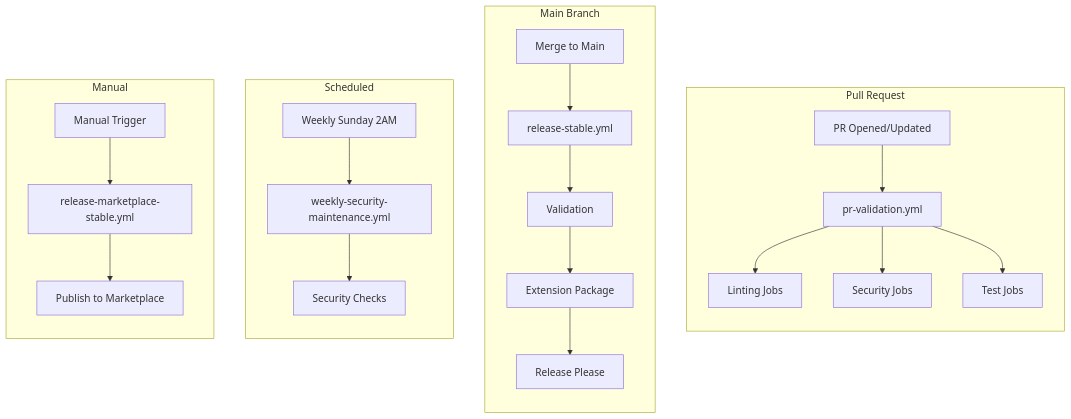
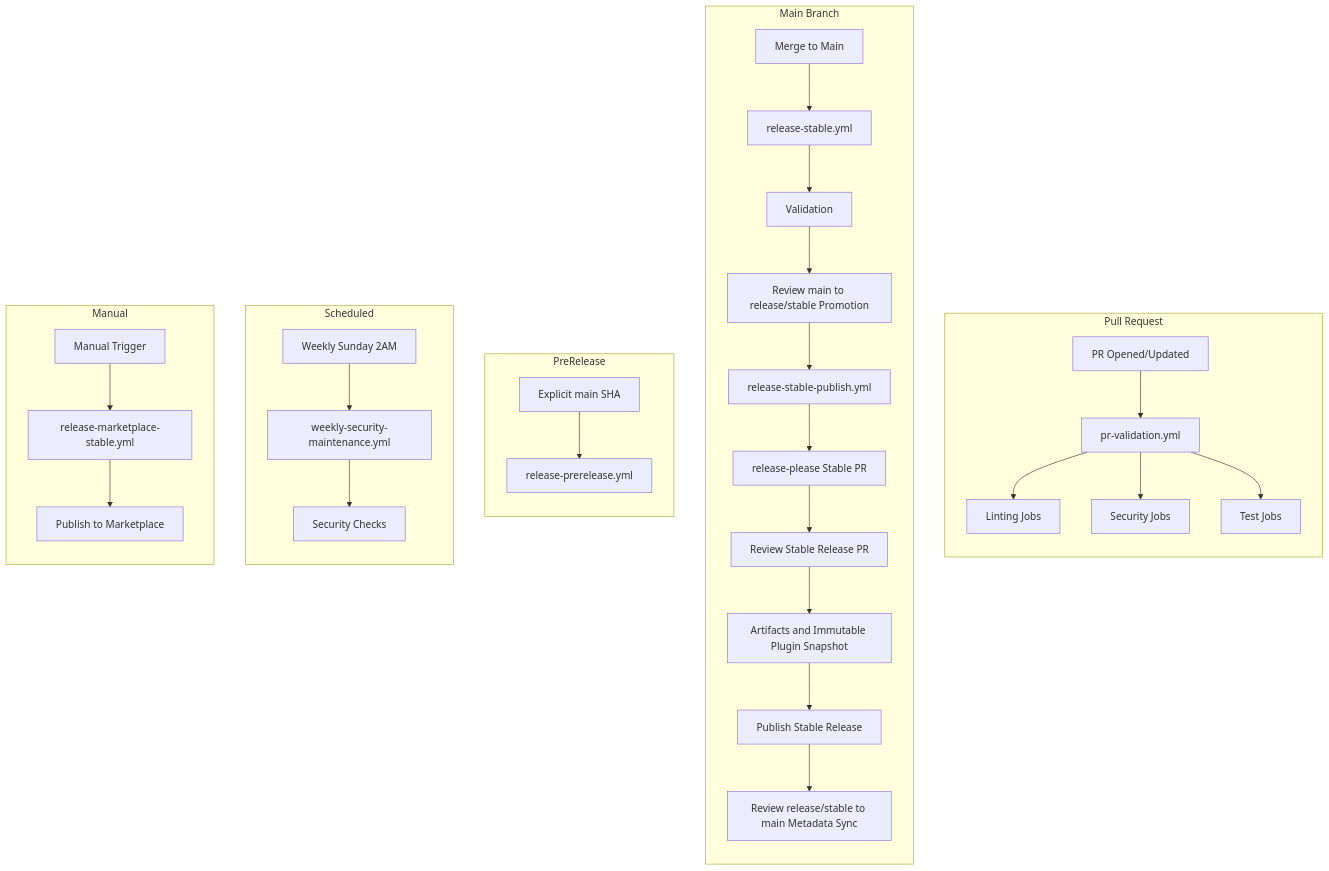
The first of 4 diagrams in docs/architecture/workflows.md (MohammedAlkindi/hve-core), drawn with Mermaid before and after one commit. The commit also changed other lines of this file and 999 other files, not shown here.

````diff
--- a/docs/architecture/workflows.md
+++ b/docs/architecture/workflows.md
@@ -14,30 +14,40 @@
 ```mermaid
 flowchart TD
     subgraph PR["Pull Request"]
         direction TB
         PR1[PR Opened/Updated] --> PV[pr-validation.yml]
         PV --> LINT[Linting Jobs]
         PV --> SEC[Security Jobs]
         PV --> TEST[Test Jobs]
     end
 
     subgraph MAIN["Main Branch"]
         direction TB
         MERGE[Merge to Main] --> MN[release-stable.yml]
         MN --> VAL[Validation]
-        VAL --> PKG[Extension Package]
-        PKG --> REL[Release Please]
+        VAL --> PROMO[Review main to release/stable Promotion]
+        PROMO --> STABLE[release-stable-publish.yml]
+        STABLE --> REL[release-please Stable PR]
+        REL --> REVIEW[Review Stable Release PR]
+        REVIEW --> EVIDENCE[Artifacts and Immutable Plugin Snapshot]
+        EVIDENCE --> PUBLISH[Publish Stable Release]
+        PUBLISH --> SYNC[Review release/stable to main Metadata Sync]
+    end
+
+    subgraph PRE["PreRelease"]
+        direction TB
+        SHA[Explicit main SHA] --> PRE_RELEASE[release-prerelease.yml]
     end
 
     subgraph SCHED["Scheduled"]
         direction TB
         CRON[Weekly Sunday 2AM] --> WEEKLY[weekly-security-maintenance.yml]
         WEEKLY --> SECCHECK[Security Checks]
     end
 
     subgraph MANUAL["Manual"]
         direction TB
         DISPATCH[Manual Trigger] --> PUB[release-marketplace-stable.yml]
         PUB --> VSCE[Publish to Marketplace]
     end
 ```
````
